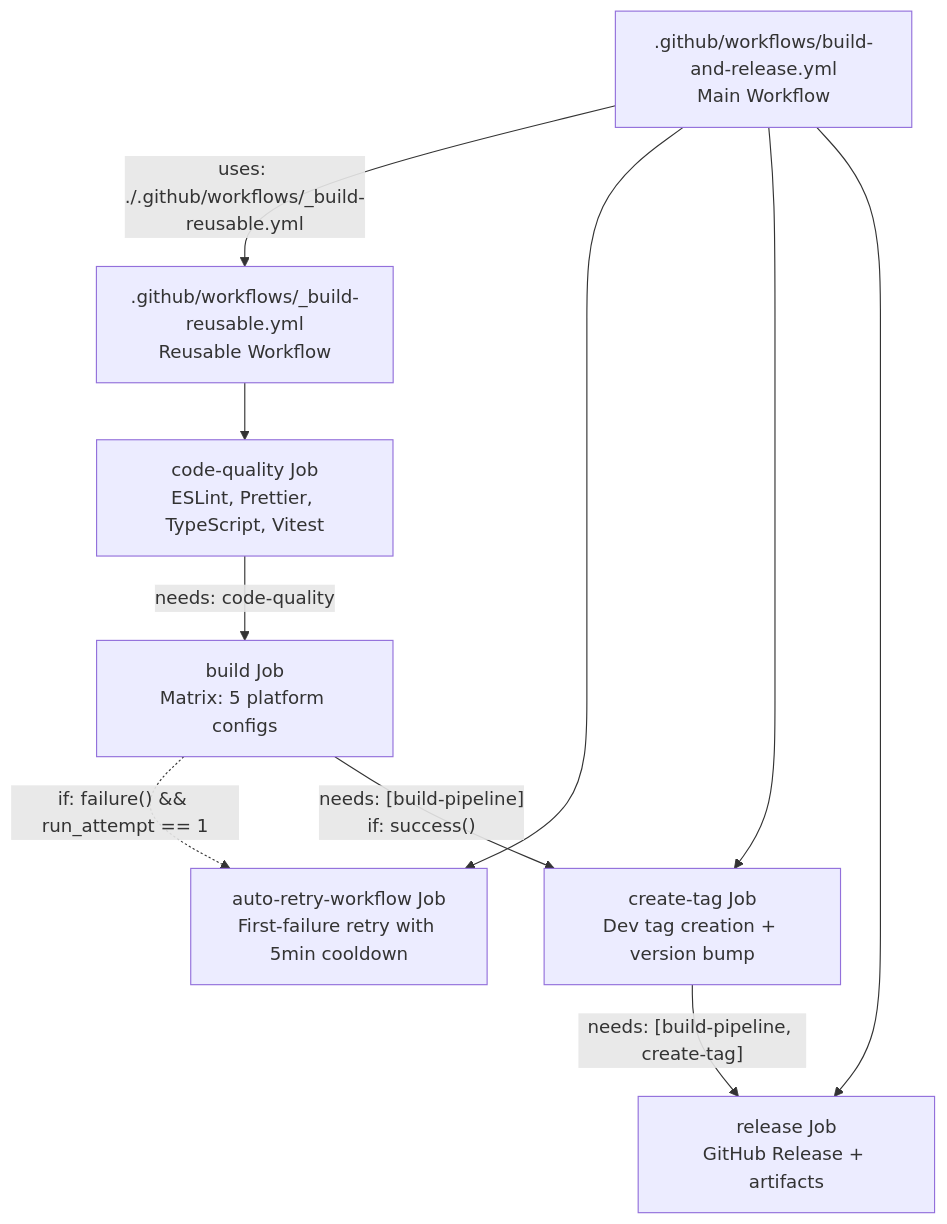
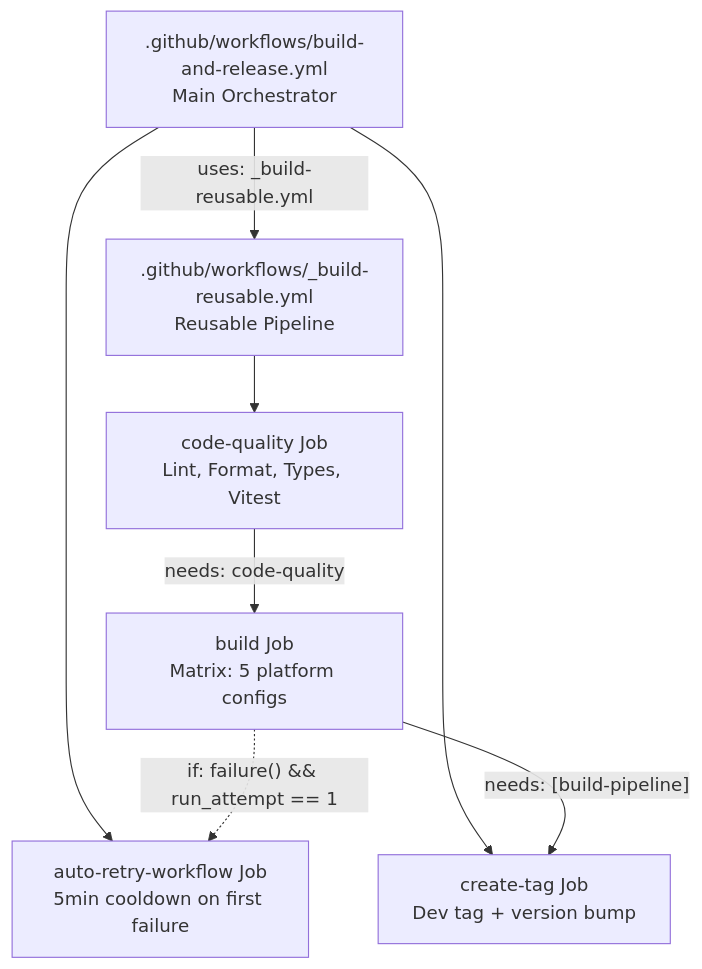
The second of 2 diagrams in docs/iOfficeAI_AionUi/build-and-deployment/build-pipeline.md (blackcater/zentree), drawn with Mermaid before and after one commit. The commit also changed other lines of this file and 232 other files, not shown here.

````diff
--- a/docs/iOfficeAI_AionUi/build-and-deployment/build-pipeline.md
+++ b/docs/iOfficeAI_AionUi/build-and-deployment/build-pipeline.md
@@ -71,23 +87,20 @@
 ```mermaid
 graph TB
-    Main[".github/workflows/build-and-release.yml<br/>Main Workflow"]
-    Reusable[".github/workflows/_build-reusable.yml<br/>Reusable Workflow"]
-
-    Quality["code-quality Job<br/>ESLint, Prettier, TypeScript, Vitest"]
+    Main[".github/workflows/build-and-release.yml<br/>Main Orchestrator"]
+    Reusable[".github/workflows/_build-reusable.yml<br/>Reusable Pipeline"]
+    
+    Quality["code-quality Job<br/>Lint, Format, Types, Vitest"]
     Build["build Job<br/>Matrix: 5 platform configs"]
-    AutoRetry["auto-retry-workflow Job<br/>First-failure retry with 5min cooldown"]
-    CreateTag["create-tag Job<br/>Dev tag creation + version bump"]
-    Release["release Job<br/>GitHub Release + artifacts"]
-
-    Main -->|"uses: ./.github/workflows/_build-reusable.yml"| Reusable
+    AutoRetry["auto-retry-workflow Job<br/>5min cooldown on first failure"]
+    CreateTag["create-tag Job<br/>Dev tag + version bump"]
+    
+    Main -->|"uses: _build-reusable.yml"| Reusable
     Reusable --> Quality
     Quality -->|"needs: code-quality"| Build
-
+    
     Main --> AutoRetry
     Main --> CreateTag
-    Main --> Release
-
+    
     Build -.->|"if: failure() && run_attempt == 1"| AutoRetry
-    Build -->|"needs: [build-pipeline]<br/>if: success()"| CreateTag
-    CreateTag -->|"needs: [build-pipeline, create-tag]"| Release
+    Build -->|"needs: [build-pipeline]"| CreateTag
 ```
````
